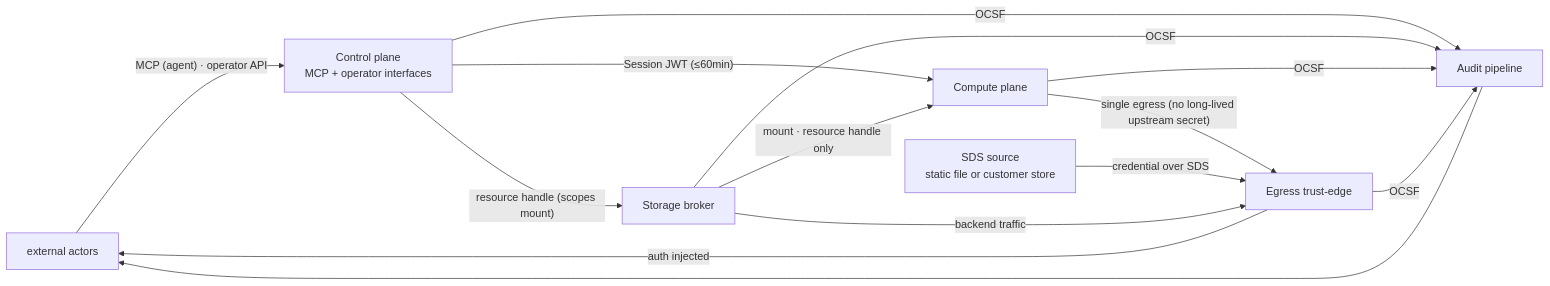
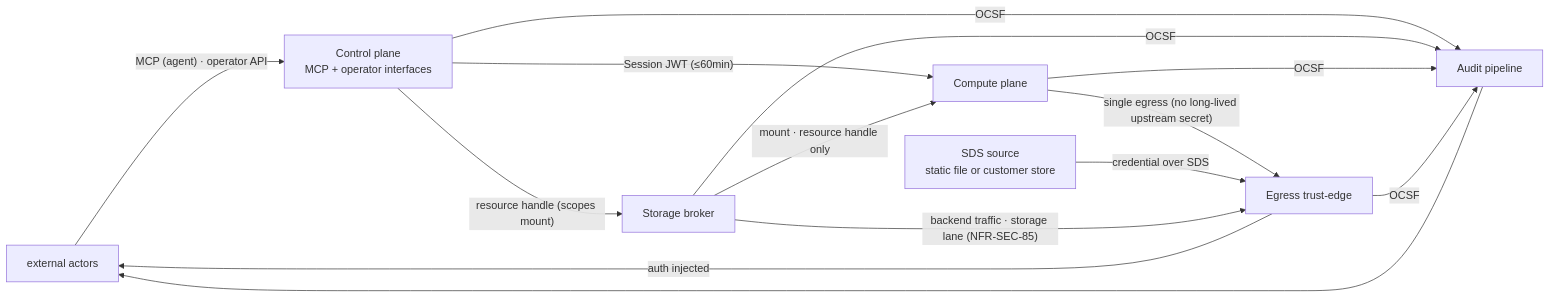
Before and after one commit to Wide-Moat/open-computer-use: the diagram in docs/architecture/02-trust-boundaries.md, drawn with Mermaid. The commit also changed other lines of this file and 13 other files, not shown here.

````diff
--- a/docs/architecture/02-trust-boundaries.md
+++ b/docs/architecture/02-trust-boundaries.md
@@ -79,20 +79,20 @@
 ```mermaid
 flowchart LR
     EXT[external actors]
     CP[Control plane<br/>MCP + operator interfaces]
     SB[Storage broker]
     VM[Compute plane]
     EDGE[Egress trust-edge]
     SDS[SDS source<br/>static file or customer store]
     AUDIT[Audit pipeline]
     EXT -- "MCP (agent) · operator API" --> CP
     CP -- "Session JWT (≤60min)" --> VM
     CP -- "resource handle (scopes mount)" --> SB
     SB -- "mount · resource handle only" --> VM
     VM -- "single egress (no long-lived upstream secret)" --> EDGE
     SDS -- "credential over SDS" --> EDGE
-    SB -- "backend traffic" --> EDGE
+    SB -- "backend traffic · storage lane (NFR-SEC-85)" --> EDGE
     EDGE -- "auth injected" --> EXT
     CP & SB & VM & EDGE -- "OCSF" --> AUDIT
     AUDIT --> EXT
 ```
````
